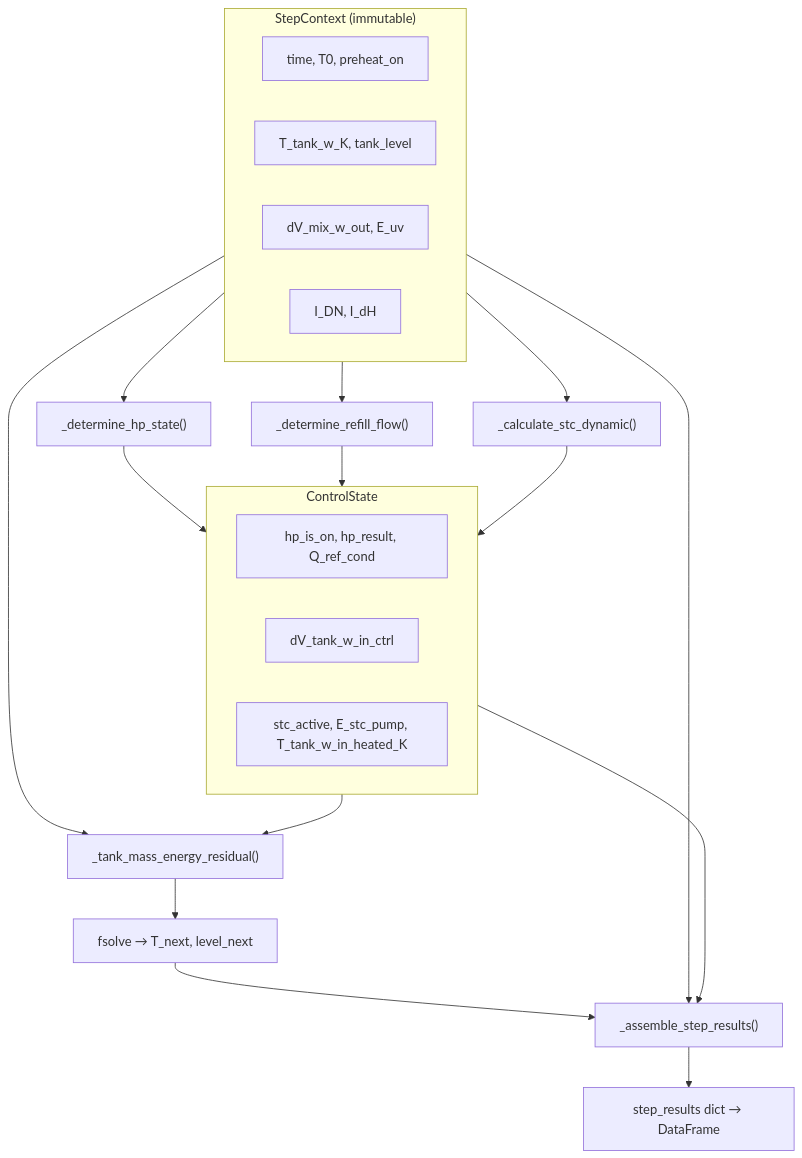
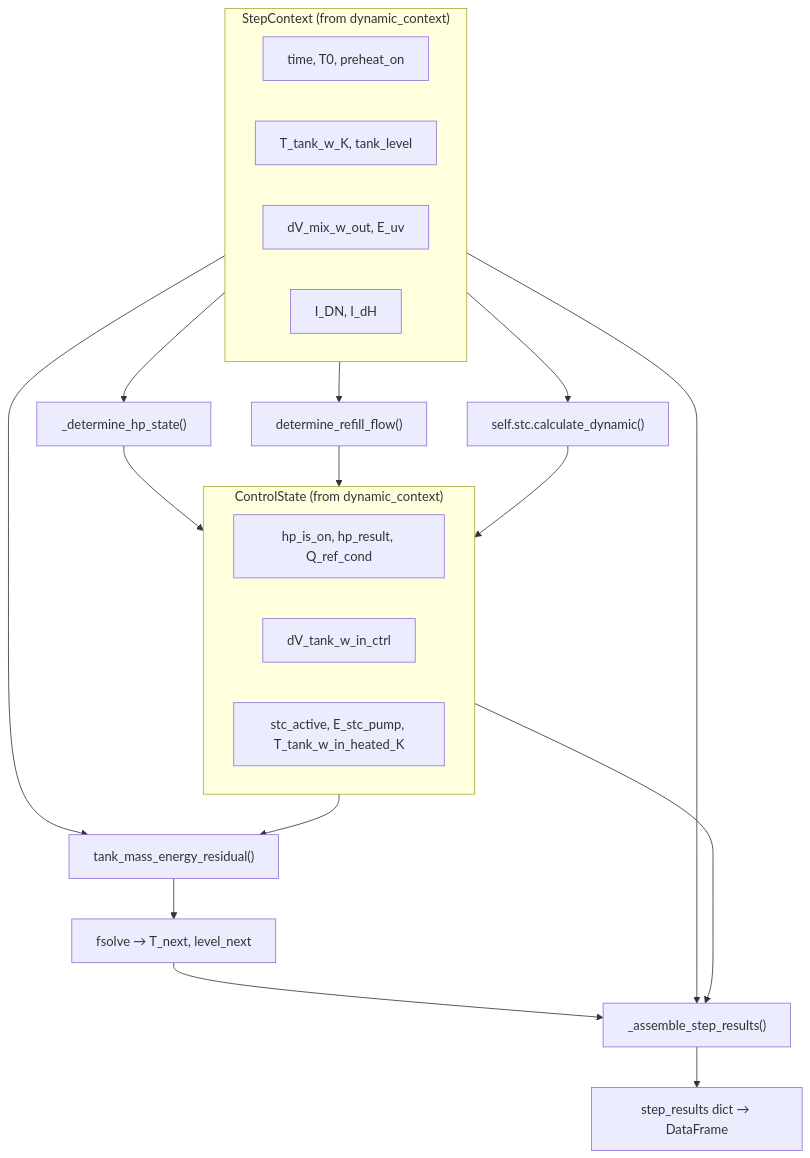
One commit to bet-lab/enex_analysis_engine changed the second of 2 diagrams in docs/guides/air_source_heat_pump_boiler.md. Above: the diagram before and after it, drawn with Mermaid. The commit also changed other lines of this file and 10 other files, not shown here.

Commit message:
refactor: Extract shared simulation infrastructure into `dynamic_context` and `subsystems` modules, and update related documentation.

````diff
--- a/docs/guides/air_source_heat_pump_boiler.md
+++ b/docs/guides/air_source_heat_pump_boiler.md
@@ -43,34 +63,34 @@
 ```mermaid
 flowchart TD
-    subgraph CTX["StepContext (immutable)"]
+    subgraph CTX["StepContext (from dynamic_context)"]
         direction LR
         C1["time, T0, preheat_on"]
         C2["T_tank_w_K, tank_level"]
         C3["dV_mix_w_out, E_uv"]
         C4["I_DN, I_dH"]
     end
 
     CTX --> A1["_determine_hp_state()"]
-    CTX --> A2["_determine_refill_flow()"]
-    CTX --> A3["_calculate_stc_dynamic()"]
+    CTX --> A2["determine_refill_flow()"]
+    CTX --> A3["self.stc.calculate_dynamic()"]
 
-    subgraph CTRL["ControlState"]
+    subgraph CTRL["ControlState (from dynamic_context)"]
         direction LR
         S1["hp_is_on, hp_result, Q_ref_cond"]
         S2["dV_tank_w_in_ctrl"]
         S3["stc_active, E_stc_pump, T_tank_w_in_heated_K"]
     end
 
     A1 --> CTRL
     A2 --> CTRL
     A3 --> CTRL
 
-    CTX --> B["_tank_mass_energy_residual()"]
+    CTX --> B["tank_mass_energy_residual()"]
     CTRL --> B
     B --> SOLVE["fsolve → T_next, level_next"]
 
     SOLVE --> C["_assemble_step_results()"]
     CTX --> C
     CTRL --> C
     C --> OUT["step_results dict → DataFrame"]
 ```
````
